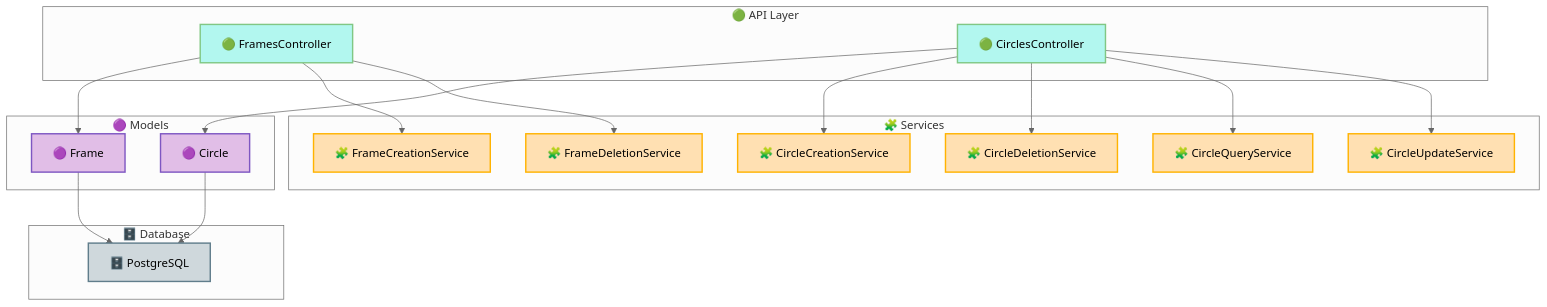
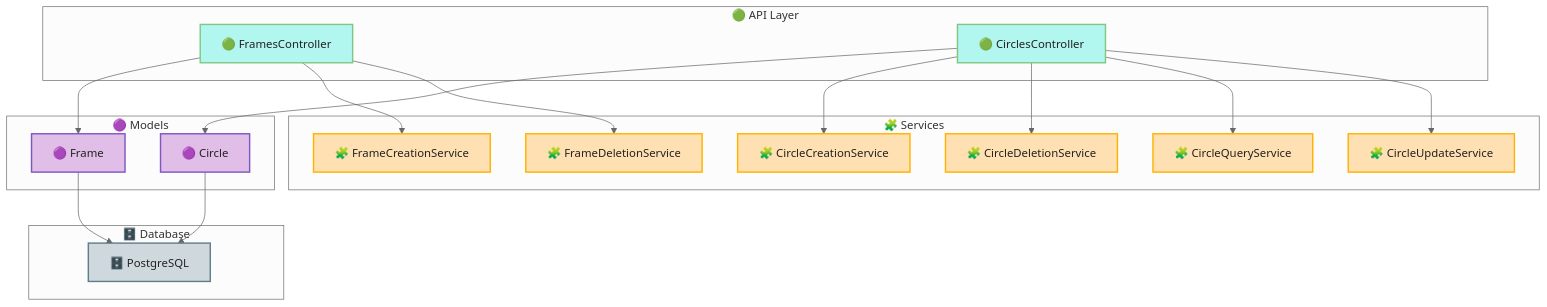
One commit to enogrob/rails_frames_and_circles_api changed the first of 8 diagrams in README.md. Above: the diagram before and after it, drawn with Mermaid (neutral theme). The commit also changed other lines of this file, not shown here.

````diff
--- a/README.md
+++ b/README.md
@@ -52,43 +52,43 @@
 ```mermaid
 %% Architecture Diagram with Pastel Colors and Emoticons
 graph TD
     subgraph API_Layer[🟢 API Layer]
         FramesController[🟢 FramesController]
         CirclesController[🟢 CirclesController]
     end
     subgraph Models[🟣 Models]
         Frame[🟣 Frame]
         Circle[🟣 Circle]
     end
     subgraph Services[🧩 Services]
         FrameCreationService[🧩 FrameCreationService]
         FrameDeletionService[🧩 FrameDeletionService]
         CircleCreationService[🧩 CircleCreationService]
         CircleDeletionService[🧩 CircleDeletionService]
         CircleQueryService[🧩 CircleQueryService]
         CircleUpdateService[🧩 CircleUpdateService]
     end
     subgraph Database[🗄️ Database]
         PostgreSQL[🗄️ PostgreSQL]
     end
 
     FramesController --> Frame
     FramesController --> FrameCreationService
     FramesController --> FrameDeletionService
     CirclesController --> Circle
     CirclesController --> CircleCreationService
     CirclesController --> CircleDeletionService
     CirclesController --> CircleQueryService
     CirclesController --> CircleUpdateService
     Frame --> PostgreSQL
     Circle --> PostgreSQL
 
-    classDef api fill:#b2f7ef,stroke:#81c784,stroke-width:2px;
-    classDef model fill:#e1bee7,stroke:#7e57c2,stroke-width:2px;
-    classDef service fill:#ffe0b2,stroke:#ffb300,stroke-width:2px;
-    classDef db fill:#cfd8dc,stroke:#607d8b,stroke-width:2px;
+    classDef api fill:#b2f7ef,stroke:#81c784,stroke-width:2px,color:#222;
+    classDef model fill:#e1bee7,stroke:#7e57c2,stroke-width:2px,color:#222;
+    classDef service fill:#ffe0b2,stroke:#ffb300,stroke-width:2px,color:#222;
+    classDef db fill:#cfd8dc,stroke:#607d8b,stroke-width:2px,color:#222;
     class FramesController,CirclesController api;
     class Frame,Circle model;
     class FrameCreationService,FrameDeletionService,CircleCreationService,CircleDeletionService,CircleQueryService,CircleUpdateService service;
     class PostgreSQL db;
 ```
````
